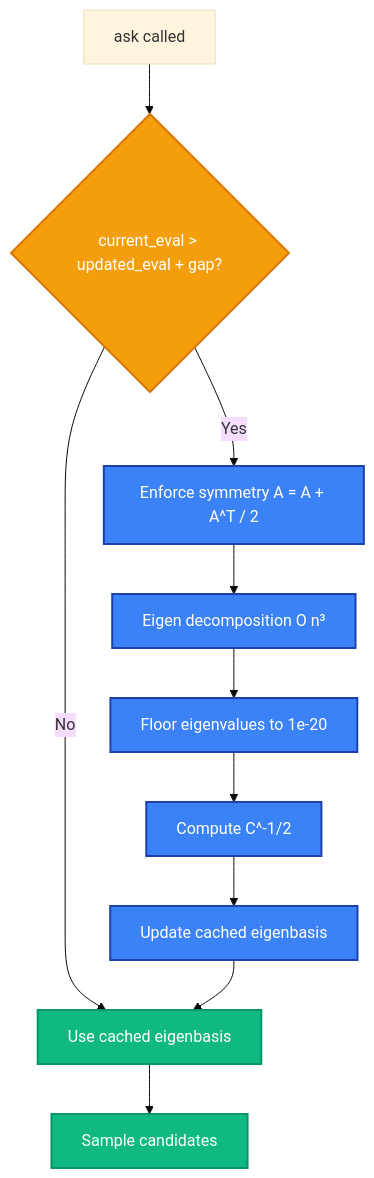
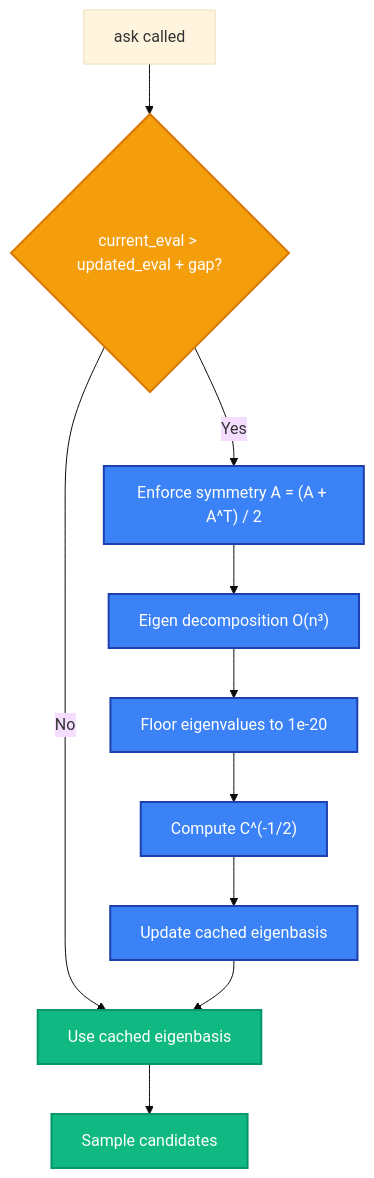
The fifth of 8 diagrams in README.md (Dicklesworthstone/fast_cmaes), drawn with Mermaid (base theme) before and after one commit. The commit also changed other lines of this file, not shown here.

````diff
--- a/README.md
+++ b/README.md
@@ -262,20 +273,20 @@
 ```mermaid
 flowchart TD
-    AskCall[ask called] --> CheckGap{current_eval > updated_eval + gap?}
-    CheckGap -->|No| UseCache[Use cached eigenbasis]
-    CheckGap -->|Yes| EnforceSym[Enforce symmetry A = A + A^T / 2]
-    EnforceSym --> EigenDecomp[Eigen decomposition O n³]
-    EigenDecomp --> FloorEigs[Floor eigenvalues to 1e-20]
-    FloorEigs --> ComputeInvSqrt[Compute C^-1/2]
-    ComputeInvSqrt --> UpdateCache[Update cached eigenbasis]
+    AskCall["ask called"] --> CheckGap{"current_eval > updated_eval + gap?"}
+    CheckGap -->|No| UseCache["Use cached eigenbasis"]
+    CheckGap -->|Yes| EnforceSym["Enforce symmetry A = (A + A^T) / 2"]
+    EnforceSym --> EigenDecomp["Eigen decomposition O(n³)"]
+    EigenDecomp --> FloorEigs["Floor eigenvalues to 1e-20"]
+    FloorEigs --> ComputeInvSqrt["Compute C^(-1/2)"]
+    ComputeInvSqrt --> UpdateCache["Update cached eigenbasis"]
     UpdateCache --> UseCache
-    UseCache --> Sample[Sample candidates]
+    UseCache --> Sample["Sample candidates"]
     
     classDef decisionStyle fill:#f59e0b,stroke:#d97706,stroke-width:2px,color:#fff
     classDef computeStyle fill:#3b82f6,stroke:#1e40af,stroke-width:2px,color:#fff
     classDef cacheStyle fill:#10b981,stroke:#059669,stroke-width:2px,color:#fff
     
     class CheckGap decisionStyle
     class EnforceSym,EigenDecomp,FloorEigs,ComputeInvSqrt,UpdateCache computeStyle
     class UseCache,Sample cacheStyle
 ```
````
